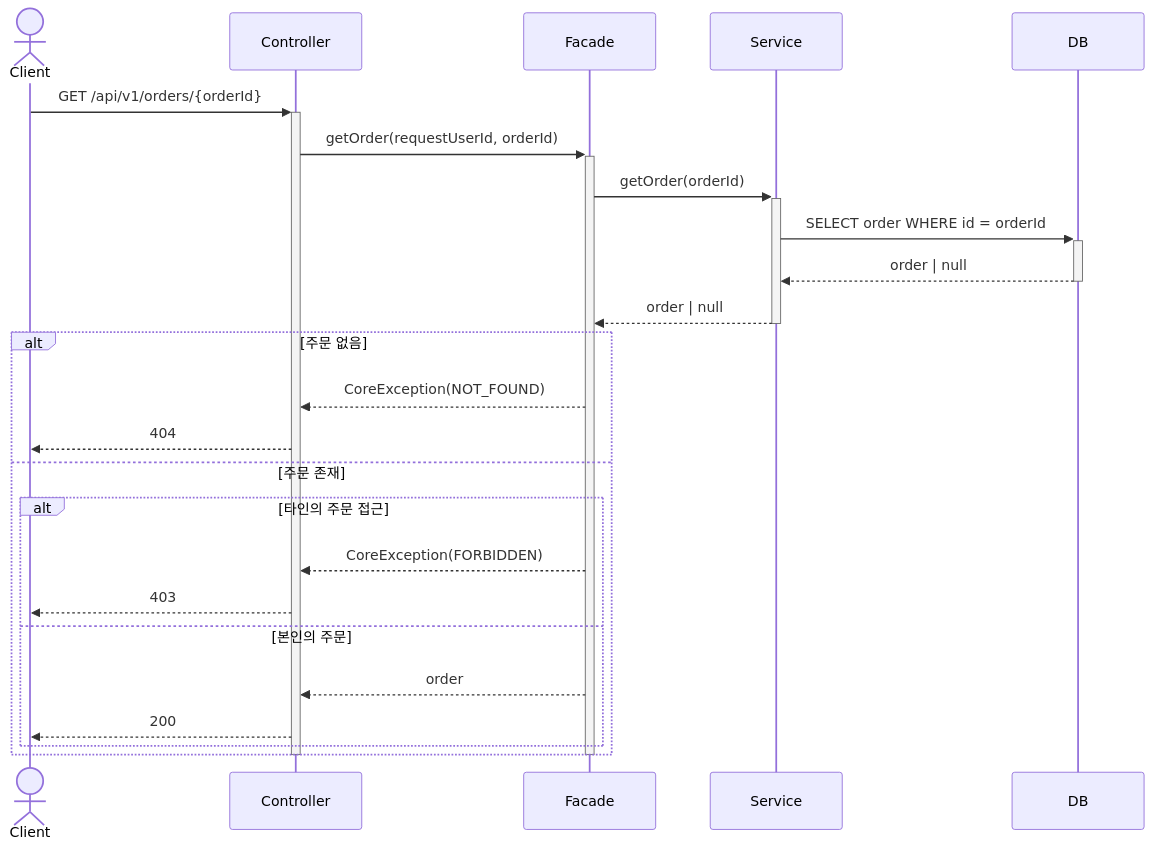
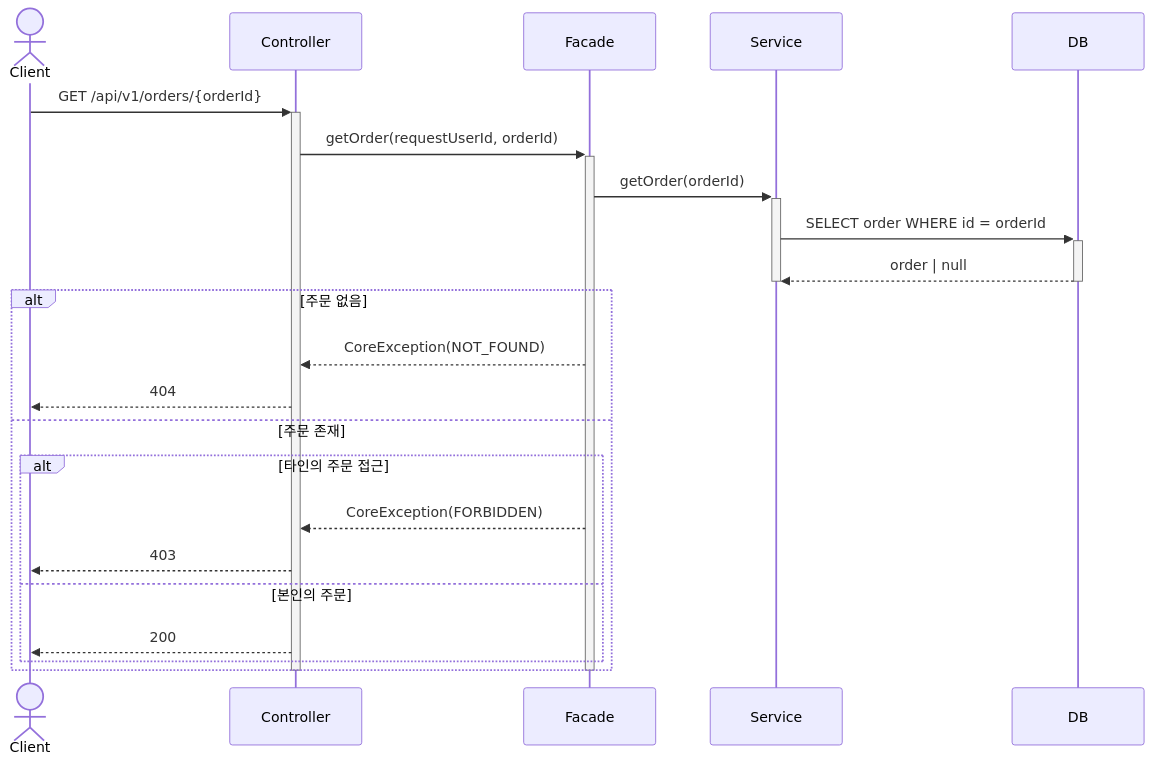
The ninth of 21 diagrams in .docs/design/02-sequence-diagrams.md (loopers-labs/loop-pack-be-l2-vol4-java), drawn with Mermaid before and after one commit. The commit also changed other lines of this file and 2 other files, not shown here.

Commit message:
docs: 시퀀스 다이어그램 activation bar 추가 및 설계 보완

````diff
--- a/.docs/design/02-sequence-diagrams.md
+++ b/.docs/design/02-sequence-diagrams.md
@@ -271,30 +267,29 @@
 ```mermaid
 sequenceDiagram
     actor Client
     participant Controller
     participant Facade
     participant Service
     participant DB
 
     Client->>+Controller: GET /api/v1/orders/{orderId}
     Controller->>+Facade: getOrder(requestUserId, orderId)
     Facade->>+Service: getOrder(orderId)
     Service->>+DB: SELECT order WHERE id = orderId
     DB-->>-Service: order | null
-    Service-->>-Facade: order | null
+    deactivate Service
 
     alt 주문 없음
         Facade-->>Controller: CoreException(NOT_FOUND)
         Controller-->>Client: 404
     else 주문 존재
         alt 타인의 주문 접근
             Facade-->>Controller: CoreException(FORBIDDEN)
             Controller-->>Client: 403
         else 본인의 주문
-            Facade-->>Controller: order
             Controller-->>Client: 200
         end
     end
     deactivate Facade
     deactivate Controller
 ```
````
